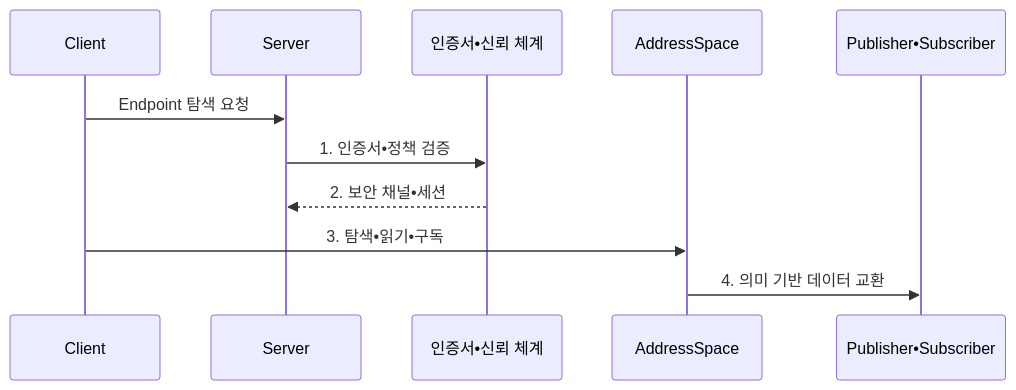
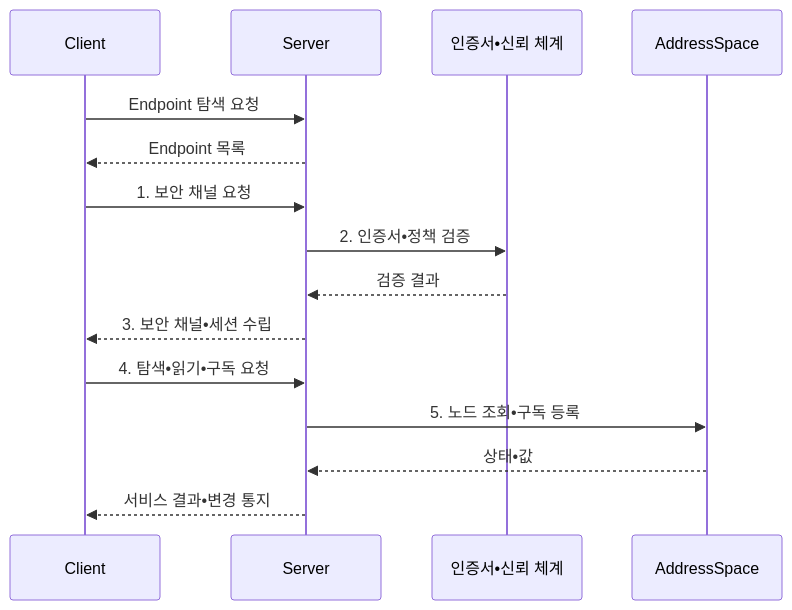
The second of 2 diagrams in src/content/docs/notes/08-latest-tech/202_opc_unified_architecture.md (agnusdei1207/knowledge-base), drawn with Mermaid before and after one commit. The commit also changed other lines of this file and 15 other files, not shown here.

````diff
--- a/src/content/docs/notes/08-latest-tech/202_opc_unified_architecture.md
+++ b/src/content/docs/notes/08-latest-tech/202_opc_unified_architecture.md
@@ -108,13 +108,17 @@
 ```mermaid
 sequenceDiagram
   participant C as Client
   participant S as Server
   participant T as 인증서•신뢰 체계
   participant A as AddressSpace
-  participant P as Publisher•Subscriber
   C->>S: Endpoint 탐색 요청
-  S->>T: 1. 인증서•정책 검증
-  T-->>S: 2. 보안 채널•세션
-  C->>A: 3. 탐색•읽기•구독
-  A->>P: 4. 의미 기반 데이터 교환
+  S-->>C: Endpoint 목록
+  C->>S: 1. 보안 채널 요청
+  S->>T: 2. 인증서•정책 검증
+  T-->>S: 검증 결과
+  S-->>C: 3. 보안 채널•세션 수립
+  C->>S: 4. 탐색•읽기•구독 요청
+  S->>A: 5. 노드 조회•구독 등록
+  A-->>S: 상태•값
+  S-->>C: 서비스 결과•변경 통지
 ```
````
